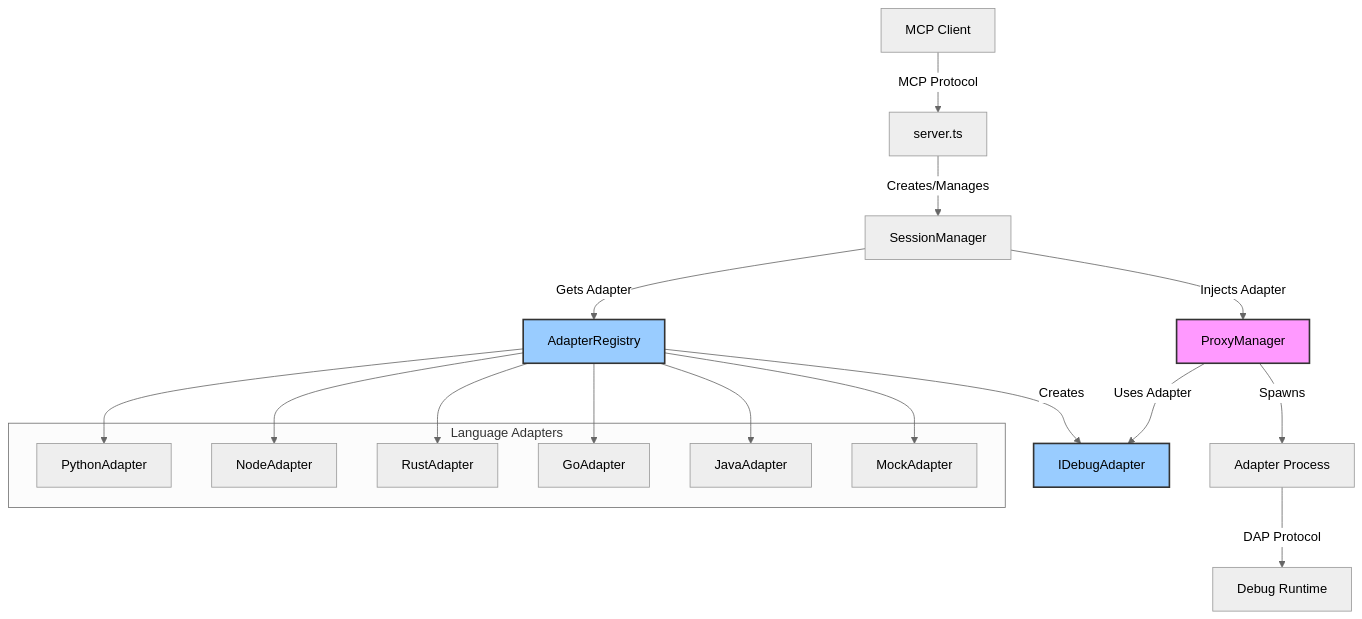
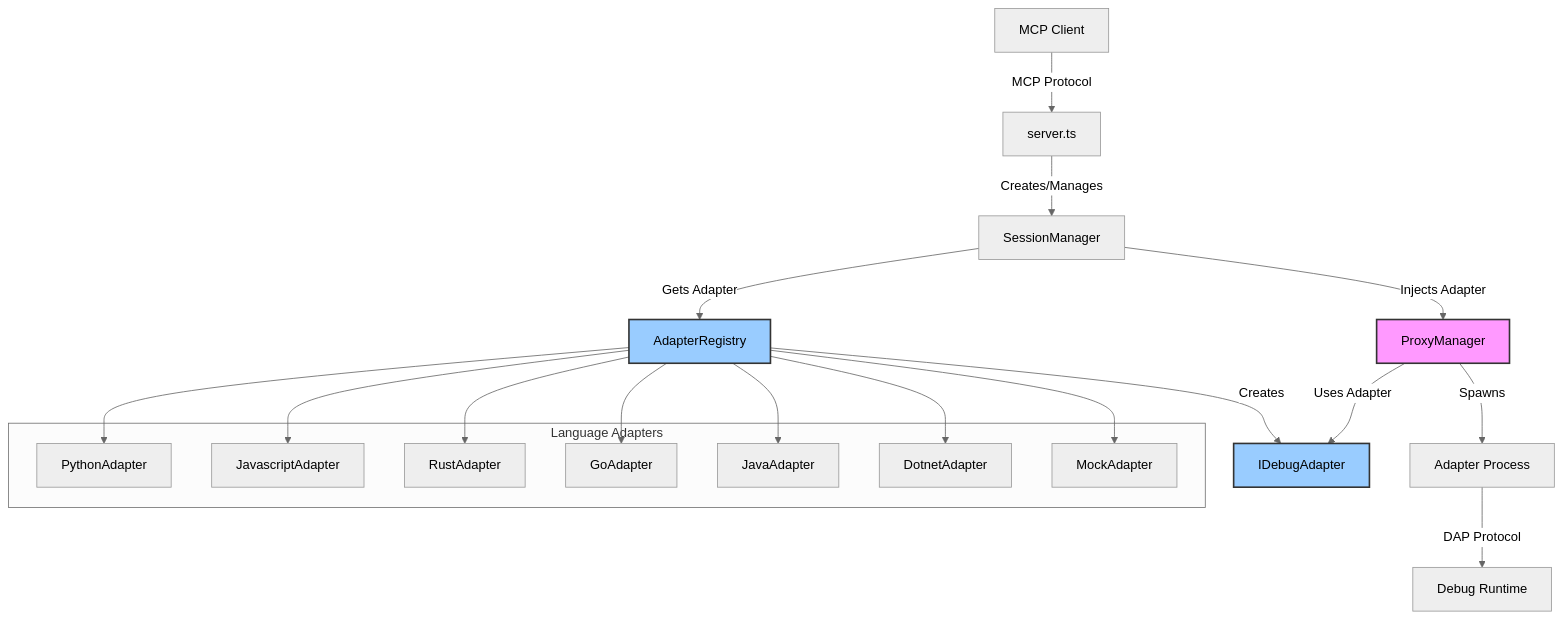
Before and after one commit to debugmcp/mcp-debugger: the first of 4 diagrams in docs/architecture/adapter-pattern-design.md, drawn with Mermaid (neutral theme). The commit also changed other lines of this file and 142 other files, not shown here.

````diff
--- a/docs/architecture/adapter-pattern-design.md
+++ b/docs/architecture/adapter-pattern-design.md
@@ -74,31 +74,33 @@
 ```mermaid
 graph TD
     Client[MCP Client] -->|MCP Protocol| Server[server.ts]
     Server -->|Creates/Manages| SM[SessionManager]
     SM -->|Gets Adapter| AR[AdapterRegistry]
     AR -->|Creates| AD[IDebugAdapter]
     SM -->|Injects Adapter| PM[ProxyManager]
     PM -->|Uses Adapter| AD
     PM -->|Spawns| AP[Adapter Process]
     AP -->|DAP Protocol| DP[Debug Runtime]
     
     subgraph "Language Adapters"
         PA[PythonAdapter]
-        NA[NodeAdapter]
+        NA[JavascriptAdapter]
         RA[RustAdapter]
         GA[GoAdapter]
         JA[JavaAdapter]
+        DA[DotnetAdapter]
         MA[MockAdapter]
     end
 
     AR --> PA
     AR --> NA
     AR --> RA
     AR --> GA
     AR --> JA
+    AR --> DA
     AR --> MA
     
     style AD fill:#9cf,stroke:#333,stroke-width:2px
     style AR fill:#9cf,stroke:#333,stroke-width:2px
     style PM fill:#f9f,stroke:#333,stroke-width:2px
 ```
````
